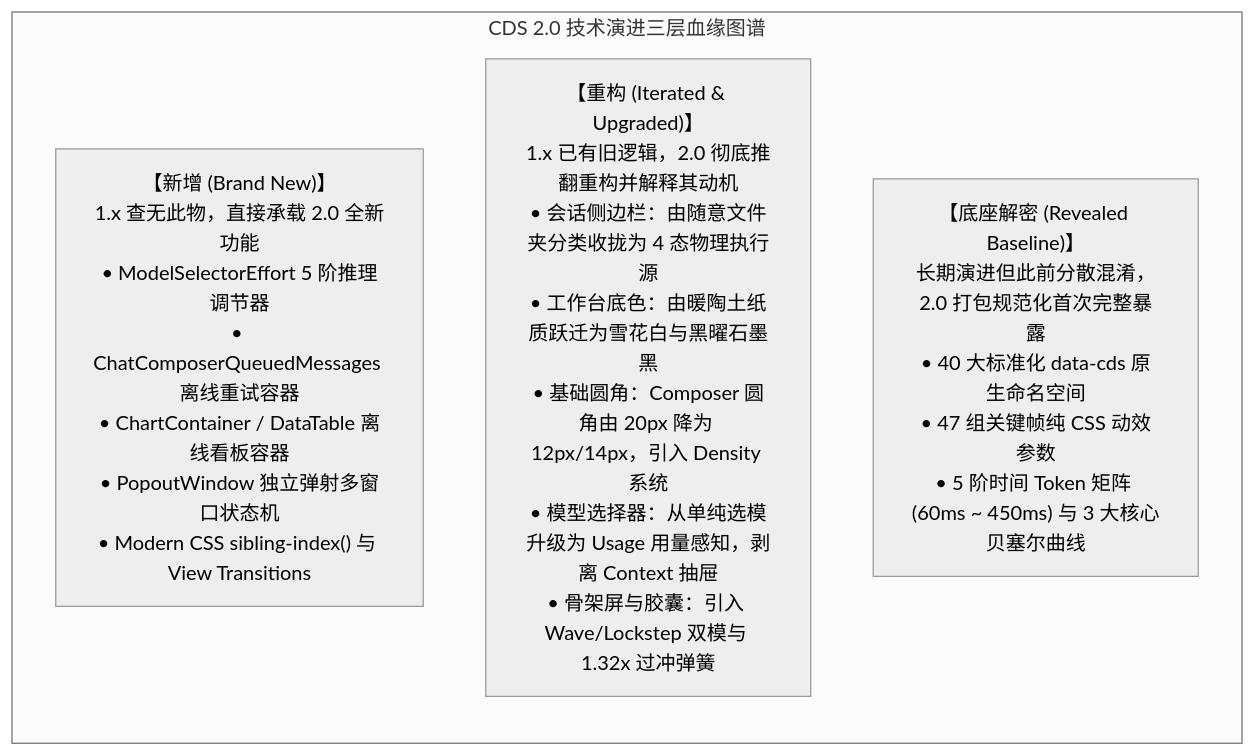
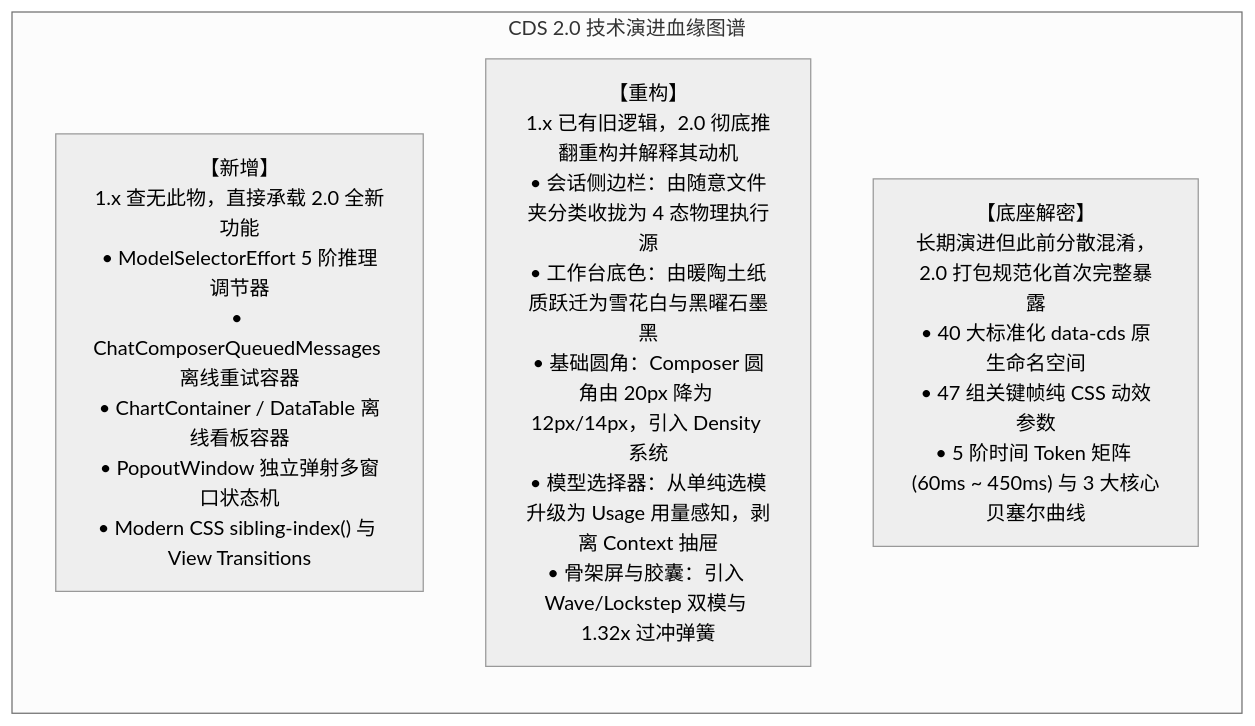
Before and after one commit to 20240610ldx-hub/open-claude-ui: the diagram in docs/09-Claude-Desktop-2.0-全量版本更新深度逆向分析.md, drawn with Mermaid (neutral theme). The commit also changed other lines of this file and 5 other files, not shown here.

````diff
--- a/docs/09-Claude-Desktop-2.0-全量版本更新深度逆向分析.md
+++ b/docs/09-Claude-Desktop-2.0-全量版本更新深度逆向分析.md
@@ -83,11 +72,11 @@
 ```mermaid
 graph TD
-    subgraph CDS_2_0_Provenance["CDS 2.0 技术演进三层血缘图谱"]
+    subgraph CDS_2_0_Provenance["CDS 2.0 技术演进血缘图谱"]
         direction TB
-        L1["【新增 (Brand New)】<br/>1.x 查无此物，直接承载 2.0 全新功能<br/>• ModelSelectorEffort 5 阶推理调节器<br/>• ChatComposerQueuedMessages 离线重试容器<br/>• ChartContainer / DataTable 离线看板容器<br/>• PopoutWindow 独立弹射多窗口状态机<br/>• Modern CSS sibling-index() 与 View Transitions"]
+        L1["【新增】<br/>1.x 查无此物，直接承载 2.0 全新功能<br/>• ModelSelectorEffort 5 阶推理调节器<br/>• ChatComposerQueuedMessages 离线重试容器<br/>• ChartContainer / DataTable 离线看板容器<br/>• PopoutWindow 独立弹射多窗口状态机<br/>• Modern CSS sibling-index() 与 View Transitions"]
         
-        L2["【重构 (Iterated & Upgraded)】<br/>1.x 已有旧逻辑，2.0 彻底推翻重构并解释其动机<br/>• 会话侧边栏：由随意文件夹分类收拢为 4 态物理执行源<br/>• 工作台底色：由暖陶土纸质跃迁为雪花白与黑曜石墨黑<br/>• 基础圆角：Composer 圆角由 20px 降为 12px/14px，引入 Density 系统<br/>• 模型选择器：从单纯选模升级为 Usage 用量感知，剥离 Context 抽屉<br/>• 骨架屏与胶囊：引入 Wave/Lockstep 双模与 1.32x 过冲弹簧"]
+        L2["【重构】<br/>1.x 已有旧逻辑，2.0 彻底推翻重构并解释其动机<br/>• 会话侧边栏：由随意文件夹分类收拢为 4 态物理执行源<br/>• 工作台底色：由暖陶土纸质跃迁为雪花白与黑曜石墨黑<br/>• 基础圆角：Composer 圆角由 20px 降为 12px/14px，引入 Density 系统<br/>• 模型选择器：从单纯选模升级为 Usage 用量感知，剥离 Context 抽屉<br/>• 骨架屏与胶囊：引入 Wave/Lockstep 双模与 1.32x 过冲弹簧"]
         
-        L3["【底座解密 (Revealed Baseline)】<br/>长期演进但此前分散混淆，2.0 打包规范化首次完整暴露<br/>• 40 大标准化 data-cds 原生命名空间<br/>• 47 组关键帧纯 CSS 动效参数<br/>• 5 阶时间 Token 矩阵 (60ms ~ 450ms) 与 3 大核心贝塞尔曲线"]
+        L3["【底座解密】<br/>长期演进但此前分散混淆，2.0 打包规范化首次完整暴露<br/>• 40 大标准化 data-cds 原生命名空间<br/>• 47 组关键帧纯 CSS 动效参数<br/>• 5 阶时间 Token 矩阵 (60ms ~ 450ms) 与 3 大核心贝塞尔曲线"]
     end
 ```
````
